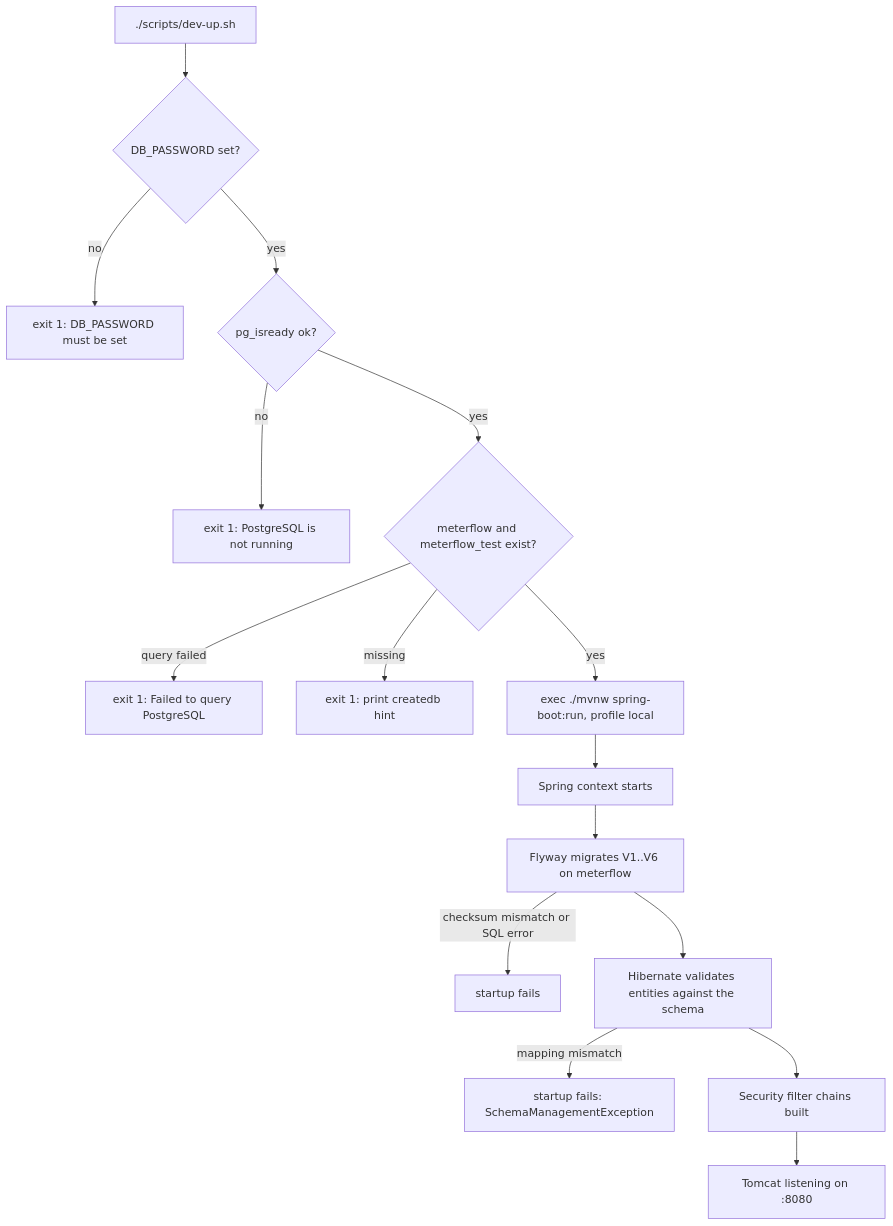
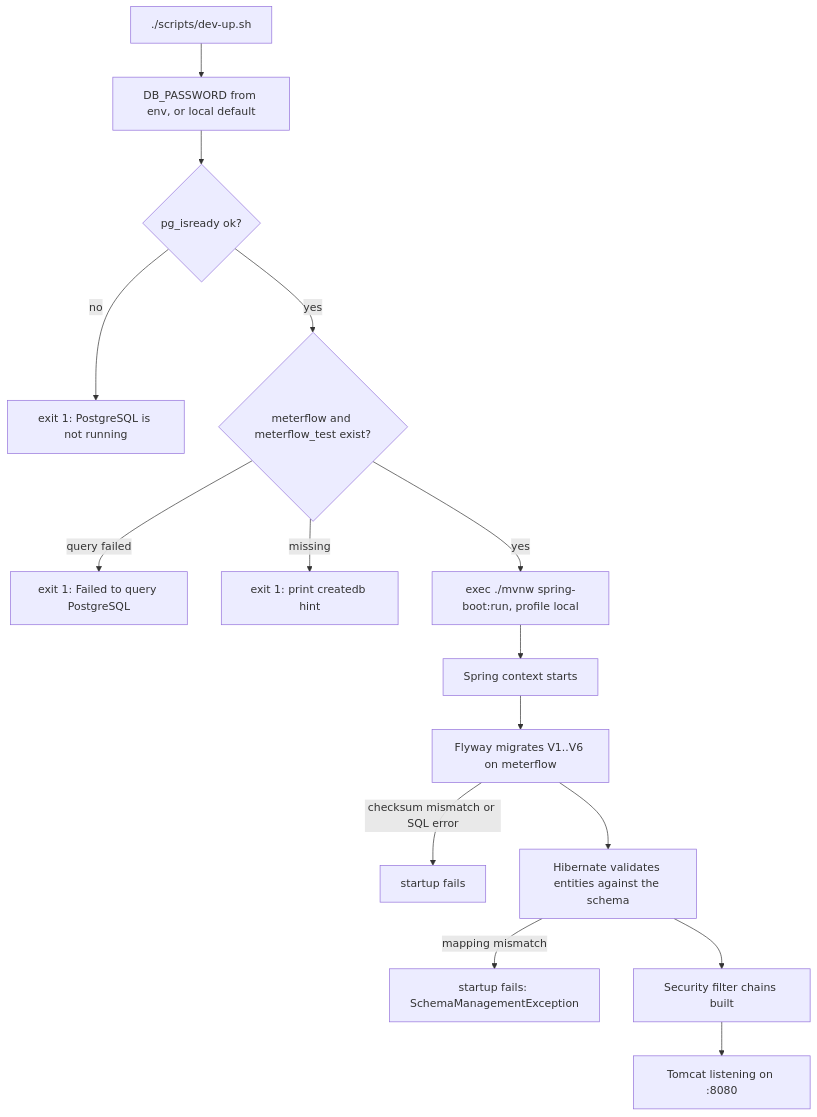
Before and after one commit to Amr-al/MeterFlow: the second of 2 diagrams in docs/architecture/deployment-architecture.md, drawn with Mermaid. The commit also changed other lines of this file and 11 other files, not shown here.

First line of the commit message:
docs: document completed M3 metering authorization flow

````diff
--- a/docs/architecture/deployment-architecture.md
+++ b/docs/architecture/deployment-architecture.md
@@ -102,18 +121,17 @@
 ```mermaid
 flowchart TD
-    A["./scripts/dev-up.sh"] --> B{"DB_PASSWORD set?"}
-    B -- no --> X1["exit 1: DB_PASSWORD must be set"]
-    B -- yes --> C{"pg_isready ok?"}
+    A["./scripts/dev-up.sh"] --> B["DB_PASSWORD from env, or local default"]
+    B --> C{"pg_isready ok?"}
     C -- no --> X2["exit 1: PostgreSQL is not running"]
     C -- yes --> D{"meterflow and meterflow_test exist?"}
     D -- "query failed" --> X3["exit 1: Failed to query PostgreSQL"]
     D -- missing --> X4["exit 1: print createdb hint"]
     D -- yes --> E["exec ./mvnw spring-boot:run, profile local"]
     E --> F["Spring context starts"]
     F --> G["Flyway migrates V1..V6 on meterflow"]
     G -- "checksum mismatch or SQL error" --> X5["startup fails"]
     G --> H["Hibernate validates entities against the schema"]
     H -- "mapping mismatch" --> X6["startup fails: SchemaManagementException"]
     H --> I["Security filter chains built"]
     I --> J["Tomcat listening on :8080"]
 ```
````
